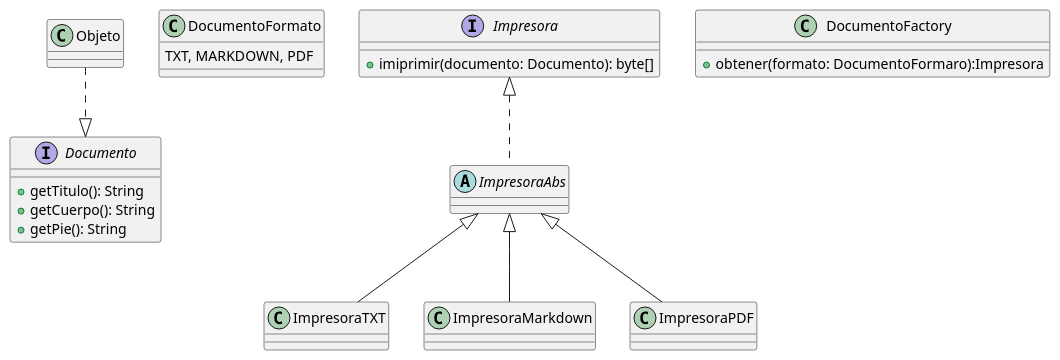
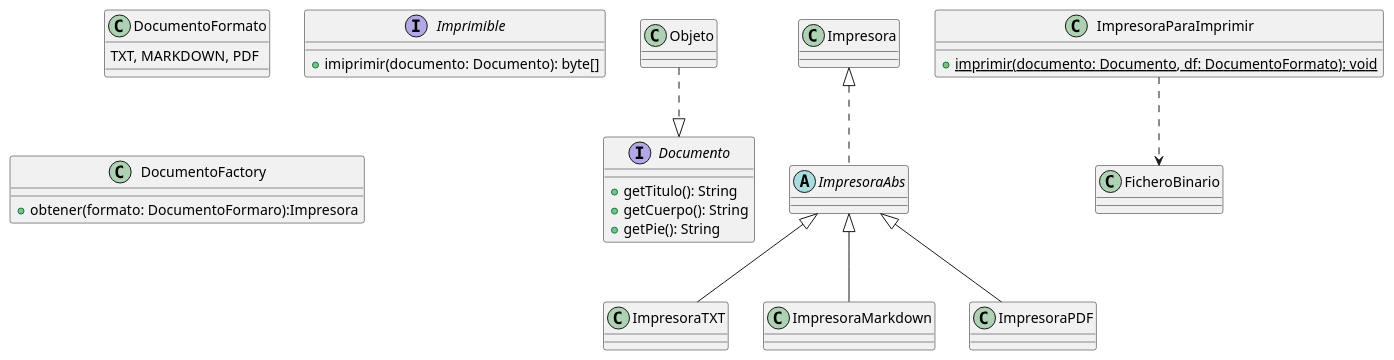
The diagram in disenyo/model.pu (pepelovesu/Impresora-que-imprime), drawn with PlantUML before and after one commit. The commit also changed 2 other files, not shown here.

```diff
--- a/disenyo/model.pu
+++ b/disenyo/model.pu
@@ -1,47 +1,53 @@
 @startuml diagrama de clases
 
 class Objeto{
 
 }
 
 class DocumentoFormato{
     TXT, MARKDOWN, PDF
 }
 
 interface Documento{
     + getTitulo(): String
     + getCuerpo(): String
     + getPie(): String
 }
 
-interface Impresora{
+interface Imprimible{
     + imiprimir(documento: Documento): byte[]
 }
 
 class DocumentoFactory{
     + obtener(formato: DocumentoFormaro):Impresora
 }
 
 abstract class ImpresoraAbs{
 
 }
 
 class ImpresoraTXT{
 
 }
 
 class ImpresoraMarkdown{
 
 }
 
 class ImpresoraPDF{
 
 }
 
+class ImpresoraParaImprimir{
+    + {static} imprimir(documento: Documento, df: DocumentoFormato): void
+}
+
 Objeto ..|> Documento
 
 Impresora <|.. ImpresoraAbs
 ImpresoraAbs <|-- ImpresoraTXT
 ImpresoraAbs <|-- ImpresoraMarkdown
 ImpresoraAbs <|-- ImpresoraPDF
+
+ImpresoraParaImprimir ..> FicheroBinario
 @enduml
```
